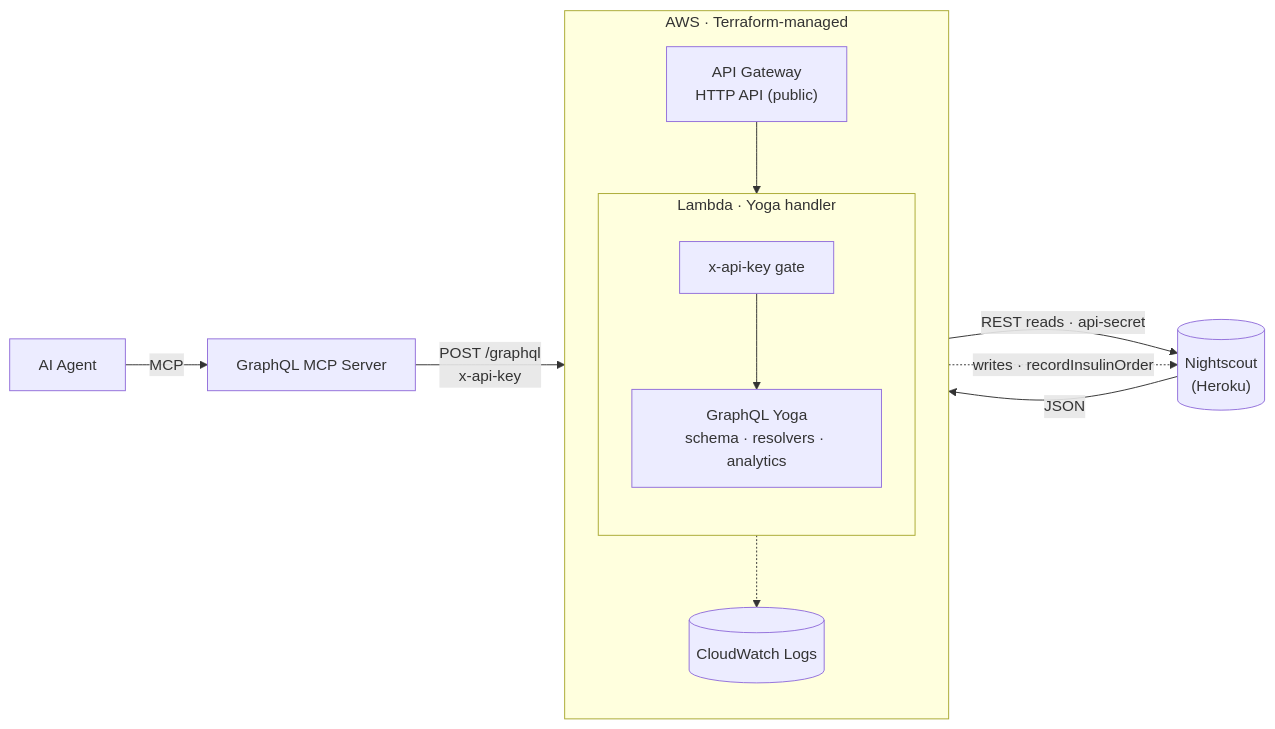
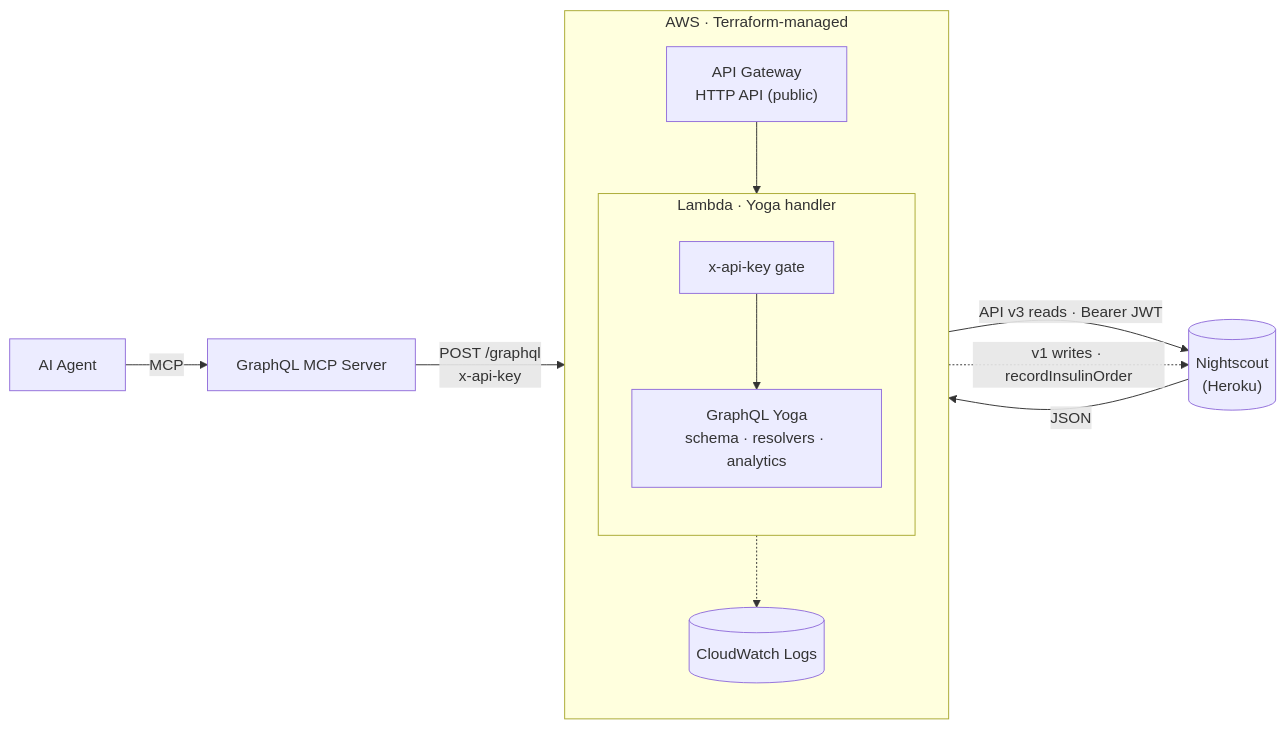
The diagram in README.md (OwlMan77/nightscout-graphql-proxy), drawn with Mermaid before and after one commit. The commit also changed other lines of this file and 6 other files, not shown here.

````diff
--- a/README.md
+++ b/README.md
@@ -21,23 +21,23 @@
 ```mermaid
 flowchart LR
     Agent["AI Agent"] -->|MCP| MCP["GraphQL MCP Server"]
 
     subgraph AWS["AWS · Terraform-managed"]
         direction TB
         APIGW["API Gateway<br/>HTTP API (public)"]
         subgraph LAMBDA["Lambda · Yoga handler"]
             direction TB
             GATE["x-api-key gate"]
             YOGA["GraphQL Yoga<br/>schema · resolvers · analytics"]
             GATE --> YOGA
         end
         LOGS[("CloudWatch Logs")]
         APIGW --> GATE
         LAMBDA -.-> LOGS
     end
 
     MCP -->|"POST /graphql<br/>x-api-key"| APIGW
-    YOGA -->|"REST reads · api-secret"| NS[("Nightscout<br/>(Heroku)")]
-    YOGA -.->|"writes · recordInsulinOrder"| NS
+    YOGA -->|"API v3 reads · Bearer JWT"| NS[("Nightscout<br/>(Heroku)")]
+    YOGA -.->|"v1 writes · recordInsulinOrder"| NS
     NS -->|JSON| YOGA
 ```
````
